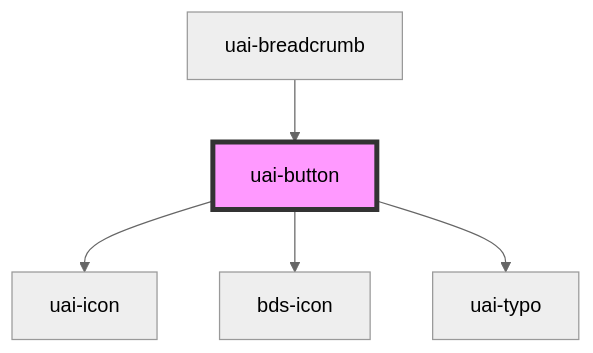
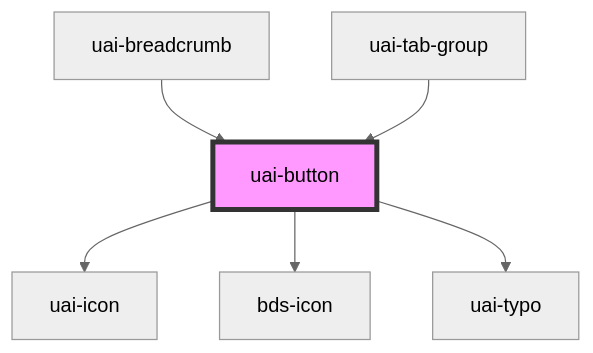
The diagram in src/components/uai-button/readme.md (takenet/blip-ds), drawn with Mermaid (neutral theme) before and after one commit. The commit also changed other lines of this file and 61 other files, not shown here.

````diff
--- a/src/components/uai-button/readme.md
+++ b/src/components/uai-button/readme.md
@@ -184,8 +185,9 @@
 ```mermaid
 graph TD;
   uai-button --> uai-icon
   uai-button --> bds-icon
   uai-button --> uai-typo
   uai-breadcrumb --> uai-button
+  uai-tab-group --> uai-button
   style uai-button fill:#f9f,stroke:#333,stroke-width:4px
 ```
````
